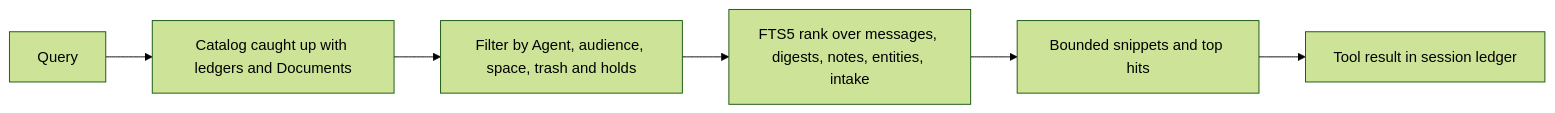
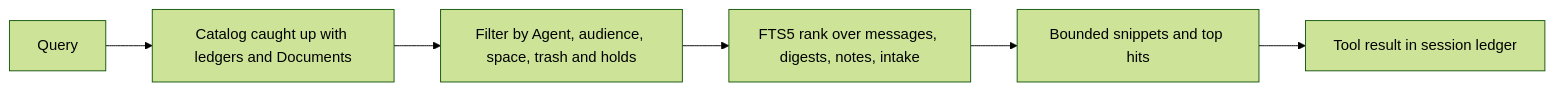
One commit to nranjan2code/code changed the diagram in docs/design/23-memory.md. Above: the diagram before and after it, drawn with Mermaid (forest theme). The commit also changed other lines of this file and 175 other files, not shown here.

````diff
--- a/docs/design/23-memory.md
+++ b/docs/design/23-memory.md
@@ -52,8 +56,8 @@
 ```mermaid
 flowchart LR
     A[Query] --> B[Catalog caught up with ledgers and Documents]
     B --> C[Filter by Agent, audience, space, trash and holds]
-    C --> D[FTS5 rank over messages, digests, notes, entities, intake]
+    C --> D[FTS5 rank over messages, digests, notes, intake]
     D --> E[Bounded snippets and top hits]
     E --> F[Tool result in session ledger]
 ```
````
